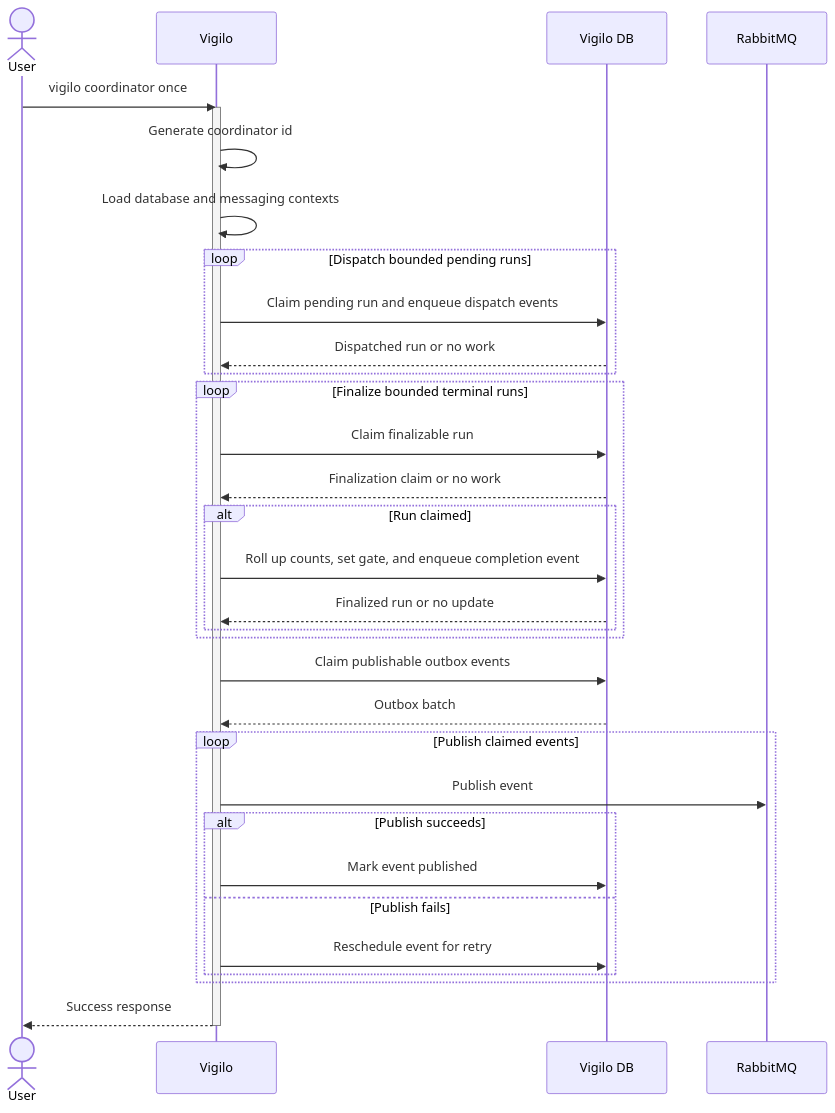
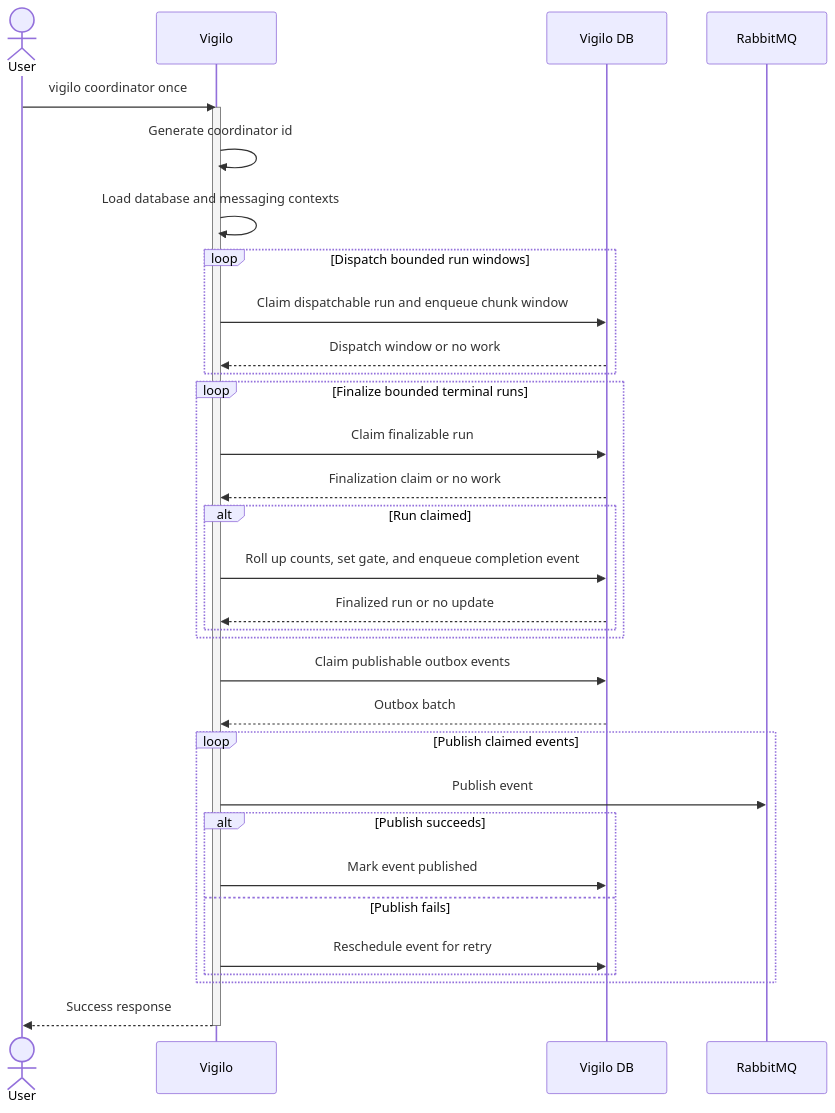
Before and after one commit to gregl83/agent-vigilo: the diagram in web/docs/architecture/flows/coordinator/once/execution-flow.mmd, drawn with Mermaid. The commit also changed 19 other files, not shown here.

```diff
--- a/web/docs/architecture/flows/coordinator/once/execution-flow.mmd
+++ b/web/docs/architecture/flows/coordinator/once/execution-flow.mmd
@@ -1,47 +1,47 @@
 ---
 config:
   flowchart:
     nodeSpacing: 150
     rankSpacing: 80
   themeVariables:
     edgeLabelBackground: 'transparent'
 ---
 sequenceDiagram
     actor User
     participant Vigilo
     participant DB as Vigilo DB
     participant Queue as RabbitMQ
 
     User->>Vigilo: vigilo coordinator once
     activate Vigilo
     Vigilo->>Vigilo: Generate coordinator id
     Vigilo->>Vigilo: Load database and messaging contexts
 
-    loop Dispatch bounded pending runs
-        Vigilo->>DB: Claim pending run and enqueue dispatch events
-        DB-->>Vigilo: Dispatched run or no work
+    loop Dispatch bounded run windows
+        Vigilo->>DB: Claim dispatchable run and enqueue chunk window
+        DB-->>Vigilo: Dispatch window or no work
     end
 
     loop Finalize bounded terminal runs
         Vigilo->>DB: Claim finalizable run
         DB-->>Vigilo: Finalization claim or no work
         alt Run claimed
             Vigilo->>DB: Roll up counts, set gate, and enqueue completion event
             DB-->>Vigilo: Finalized run or no update
         end
     end
 
     Vigilo->>DB: Claim publishable outbox events
     DB-->>Vigilo: Outbox batch
 
     loop Publish claimed events
         Vigilo->>Queue: Publish event
         alt Publish succeeds
             Vigilo->>DB: Mark event published
         else Publish fails
             Vigilo->>DB: Reschedule event for retry
         end
     end
 
     Vigilo-->>User: Success response
     deactivate Vigilo
```
